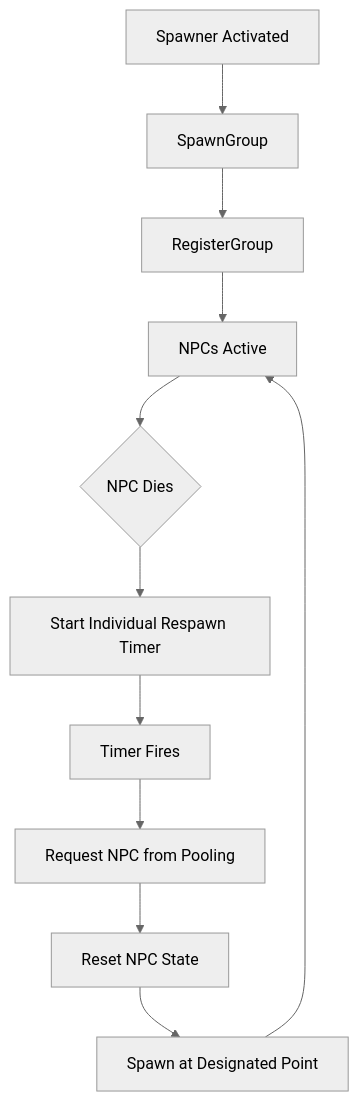
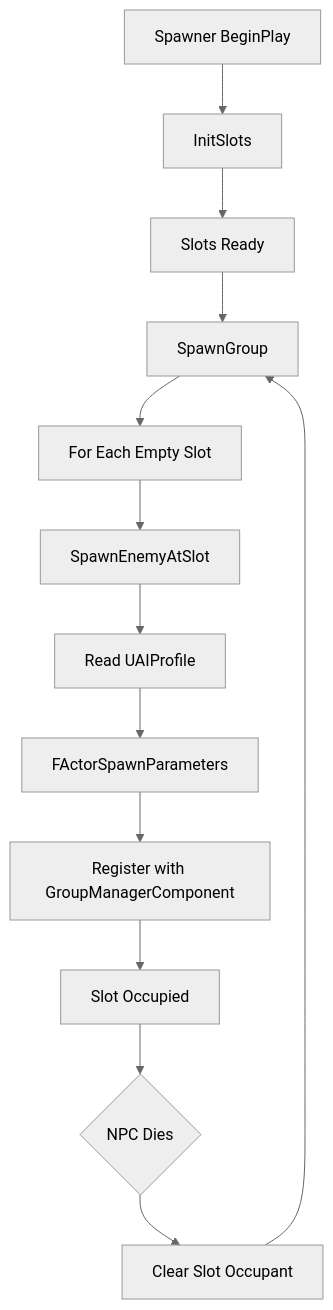
One commit to maximoh-mmo/PortfolioTutorial changed the diagram in Docs/AI/Spawner_System.md. Above: the diagram before and after it, drawn with Mermaid (neutral theme). The commit also changed other lines of this file and 32 other files, not shown here.

First line of the commit message:
feat: data-driven AI profiles and slot-based spawner

````diff
--- a/Docs/AI/Spawner_System.md
+++ b/Docs/AI/Spawner_System.md
@@ -36,14 +36,16 @@
 ```mermaid
 flowchart TD
-    Start[Spawner Activated] --> SpawnGroup
-    SpawnGroup --> RegisterGroup
-    RegisterGroup --> NPCsActive[NPCs Active]
+    Start[Spawner BeginPlay] --> InitSlots
+    InitSlots --> SlotsReady[Slots Ready]
+    SlotsReady --> SpawnGroup
+    SpawnGroup --> Loop[For Each Empty Slot]
+    Loop --> SpawnAtSlot[SpawnEnemyAtSlot]
+    SpawnAtSlot --> Profile[Read UAIProfile]
+    Profile --> Spawn[FActorSpawnParameters]
+    Spawn --> RegisterGroup[Register with GroupManagerComponent]
+    RegisterGroup --> Occupied[Slot Occupied]
 
-    NPCsActive --> NPCDies{NPC Dies}
-    NPCDies --> StartTimer[Start Individual Respawn Timer]
-    StartTimer --> TimerDone[Timer Fires]
-    TimerDone --> RequestNPC[Request NPC from Pooling]
-    RequestNPC --> ResetState[Reset NPC State]
-    ResetState --> SpawnAtPoint[Spawn at Designated Point]
-    SpawnAtPoint --> NPCsActive
+    Occupied --> NPCDies{NPC Dies}
+    NPCDies --> ClearSlot[Clear Slot Occupant]
+    ClearSlot --> SpawnGroup
 ```
````
